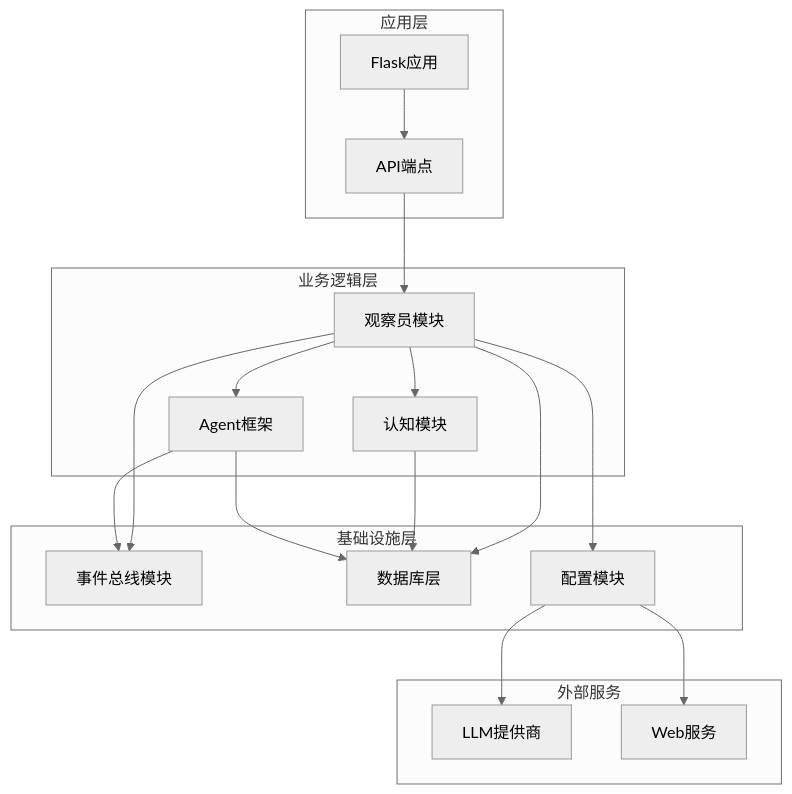
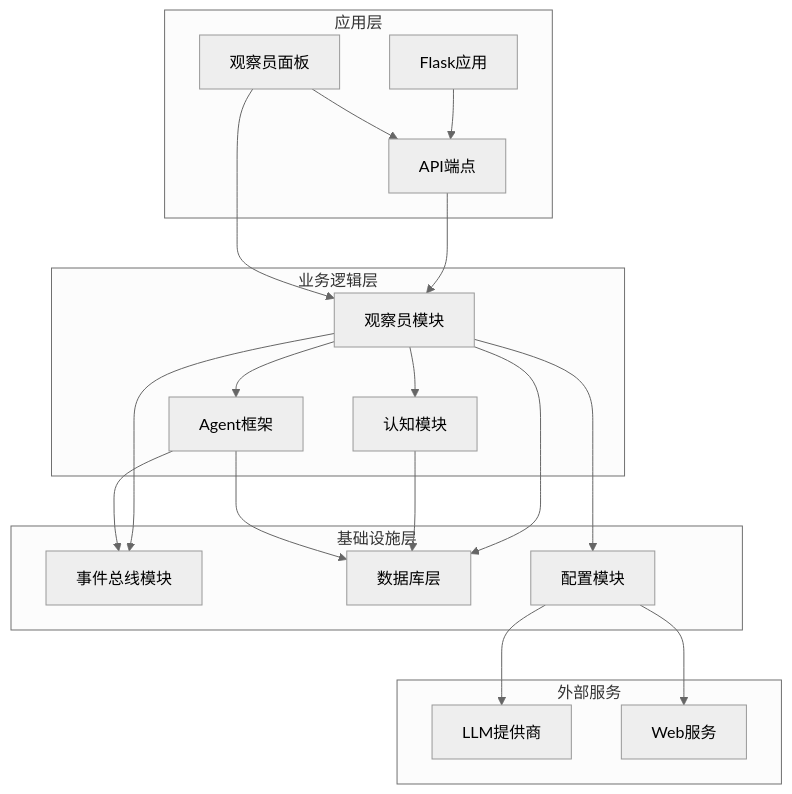
Before and after one commit to GDY-ai/ainstein: the third of 9 diagrams in .qoder/repowiki/zh/content/系统架构/硅基大脑蓝图/观察员监控系统.md, drawn with Mermaid (neutral theme). The commit also changed other lines of this file and 19 other files, not shown here.

````diff
--- a/.qoder/repowiki/zh/content/系统架构/硅基大脑蓝图/观察员监控系统.md
+++ b/.qoder/repowiki/zh/content/系统架构/硅基大脑蓝图/观察员监控系统.md
@@ -167,33 +190,36 @@
 ```mermaid
 graph TB
 subgraph "应用层"
 FlaskApp[Flask应用]
 APIEndpoints[API端点]
+ObserverPanel[观察员面板]
 end
 subgraph "业务逻辑层"
 ObserverModule[观察员模块]
 CognitiveModule[认知模块]
 AgentFramework[Agent框架]
 end
 subgraph "基础设施层"
 EventBusModule[事件总线模块]
 DatabaseLayer[数据库层]
 ConfigModule[配置模块]
 end
 subgraph "外部服务"
 LLMProvider[LLM提供商]
 WebServices[Web服务]
 end
 FlaskApp --> APIEndpoints
 APIEndpoints --> ObserverModule
 ObserverModule --> CognitiveModule
 ObserverModule --> AgentFramework
 ObserverModule --> EventBusModule
 ObserverModule --> DatabaseLayer
 ObserverModule --> ConfigModule
 CognitiveModule --> DatabaseLayer
 AgentFramework --> EventBusModule
 AgentFramework --> DatabaseLayer
 ConfigModule --> LLMProvider
 ConfigModule --> WebServices
+ObserverPanel --> APIEndpoints
+ObserverPanel --> ObserverModule
 ```
````
